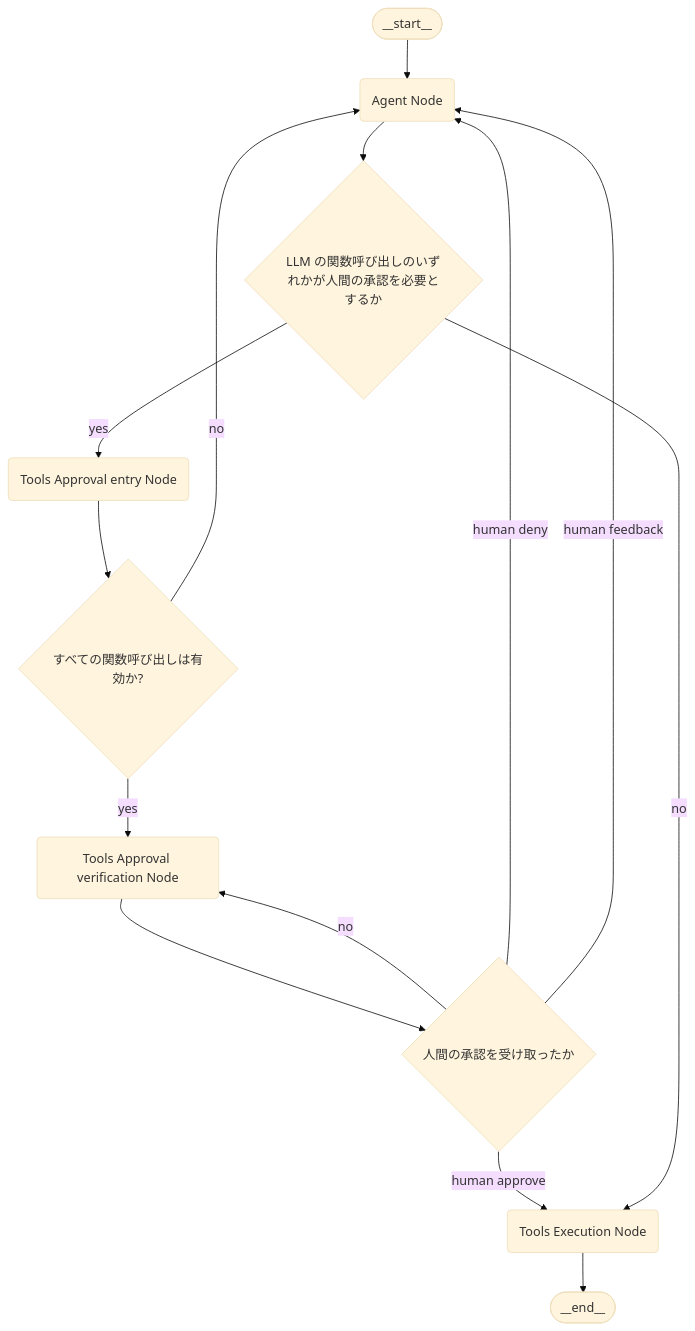
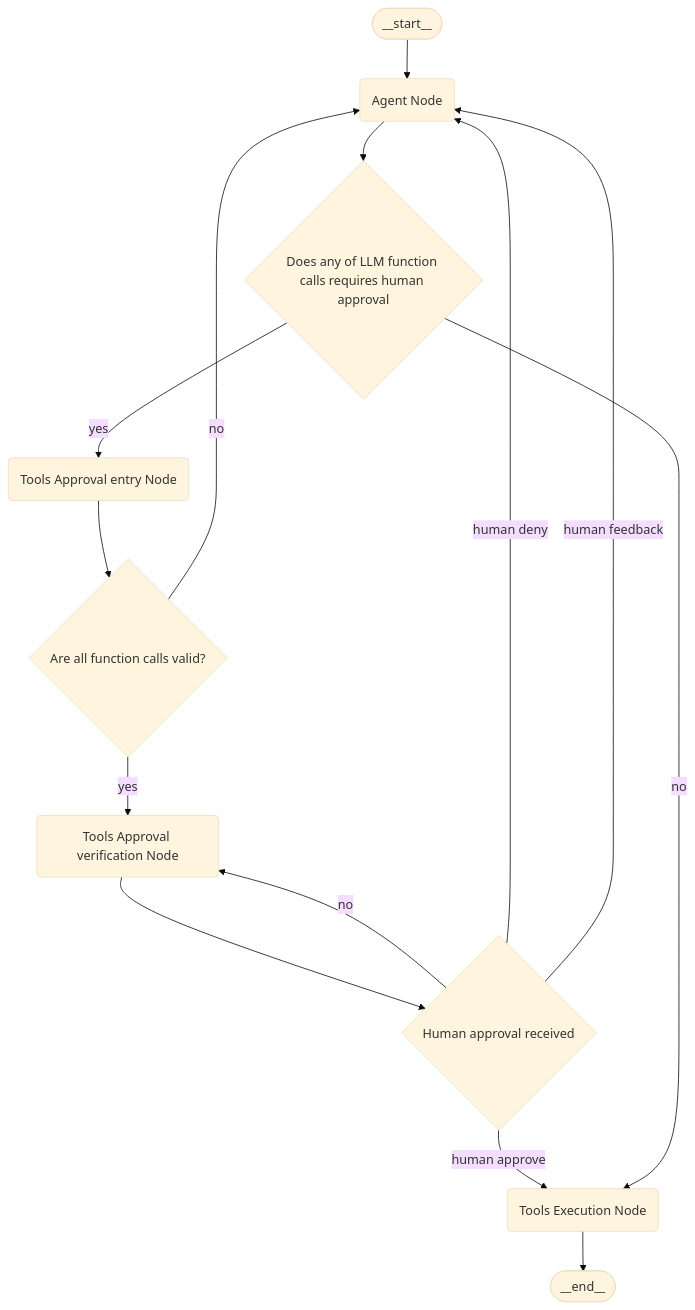
One commit to kyama0/gitlab-handbook-ja changed the fifth of 7 diagrams in content/handbook/engineering/architecture/design-documents/duo_workflow/_index.md. Above: the diagram before and after it, drawn with Mermaid (base theme). The commit also changed other lines of this file and 3 other files, not shown here.

````diff
--- a/content/handbook/engineering/architecture/design-documents/duo_workflow/_index.md
+++ b/content/handbook/engineering/architecture/design-documents/duo_workflow/_index.md
@@ -627,22 +639,22 @@
 ```mermaid
 graph TD;
    __start__([<p>__start__</p>]):::first
    approval_e(Tools Approval entry Node)
    approval_v(Tools Approval verification Node)
    agent(Agent Node)
    tools_exec(Tools Execution Node)
    __end__([<p>__end__</p>]):::last
    __start__ --> agent
-   agent --> router{LLM の関数呼び出しのいずれかが人間の承認を必要とするか}
+   agent --> router{Does any of LLM function calls requires human approval}
    router -->|yes| approval_e
-   approval_e --> tools_v_r{すべての関数呼び出しは有効か?}
+   approval_e --> tools_v_r{Are all function calls valid?}
    tools_v_r --> |no| agent
    tools_v_r --> |yes| approval_v
-   approval_v --> tools_r{人間の承認を受け取ったか}
+   approval_v --> tools_r{Human approval received}
    tools_r --> |no| approval_v
    tools_r --> |human deny| agent
    tools_r --> |human feedback| agent
    tools_r --> |human approve| tools_exec
    router -->|no| tools_exec
    tools_exec --> __end__
 ```
````
